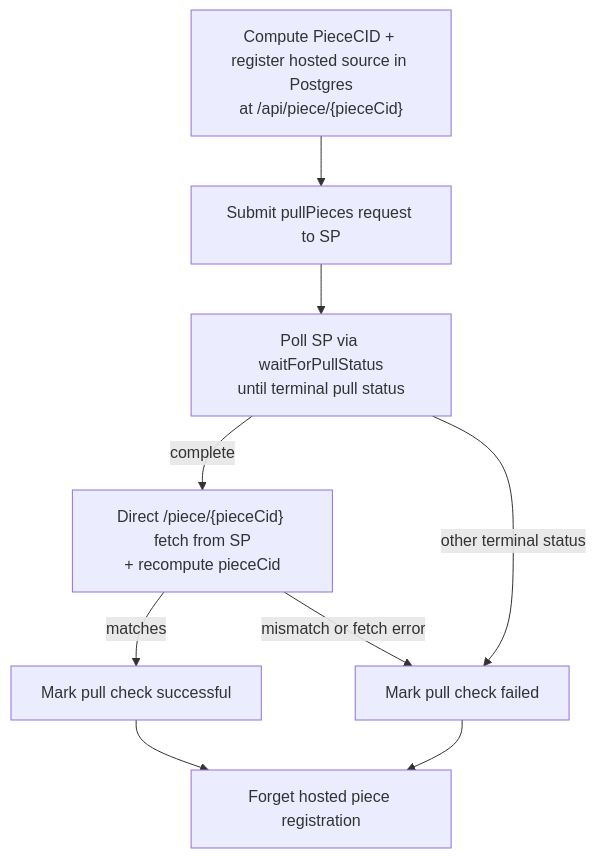
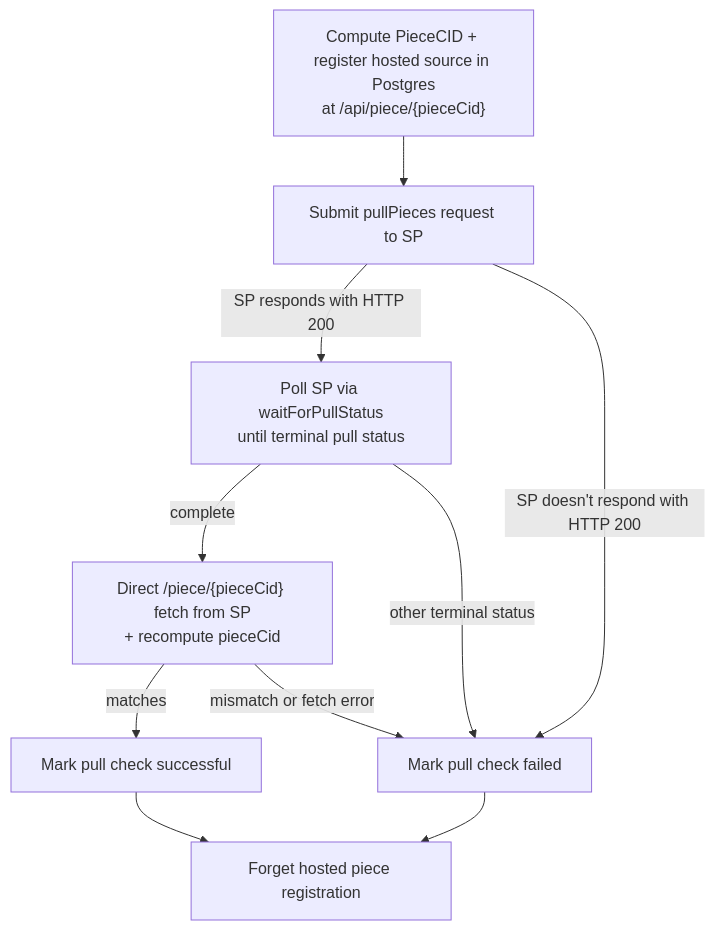
Before and after one commit to FilOzone/dealbot: the diagram in docs/checks/pull-check.md, drawn with Mermaid. The commit also changed other lines of this file and 1 other file, not shown here.

````diff
--- a/docs/checks/pull-check.md
+++ b/docs/checks/pull-check.md
@@ -34,12 +34,13 @@
 ```mermaid
 flowchart TD
   Generate["Compute PieceCID + register hosted source in Postgres<br/>at /api/piece/{pieceCid}"]
   Generate --> Submit["Submit pullPieces request to SP"]
-  Submit --> Poll["Poll SP via waitForPullStatus<br/>until terminal pull status"]
+  Submit --> |SP responds with HTTP 200|Poll["Poll SP via waitForPullStatus<br/>until terminal pull status"]
+  Submit --> |SP doesn't respond with HTTP 200| Fail["Mark pull check failed"]
   Poll -->|complete| Validate["Direct /piece/{pieceCid} fetch from SP<br/>+ recompute pieceCid"]
-  Poll -->|other terminal status| Fail["Mark pull check failed"]
+  Poll -->|other terminal status| Fail
   Validate -->|matches| Success["Mark pull check successful"]
   Validate -->|mismatch or fetch error| Fail
   Success --> Cleanup
   Fail --> Cleanup["Forget hosted piece registration"]
 ```
````
